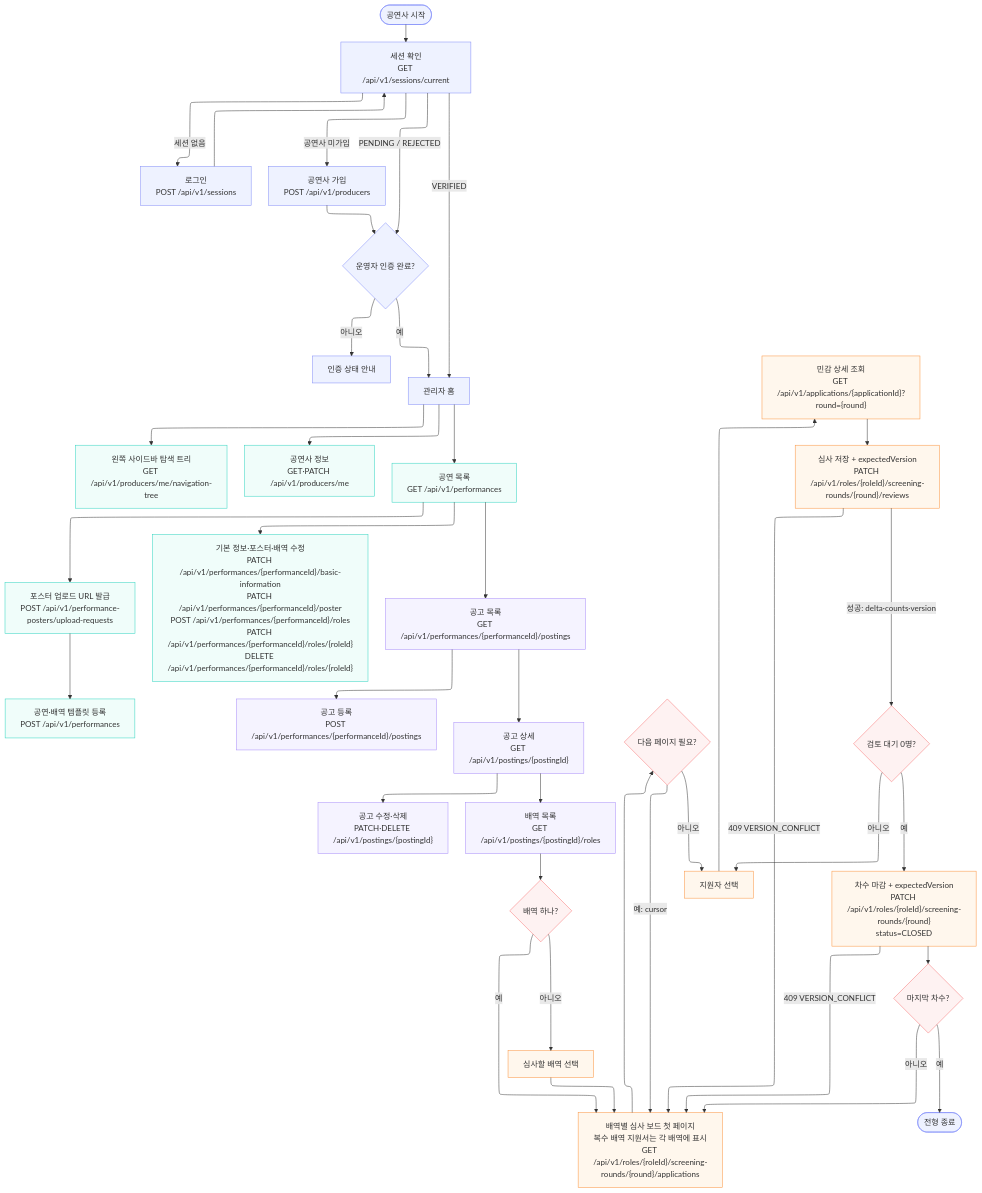
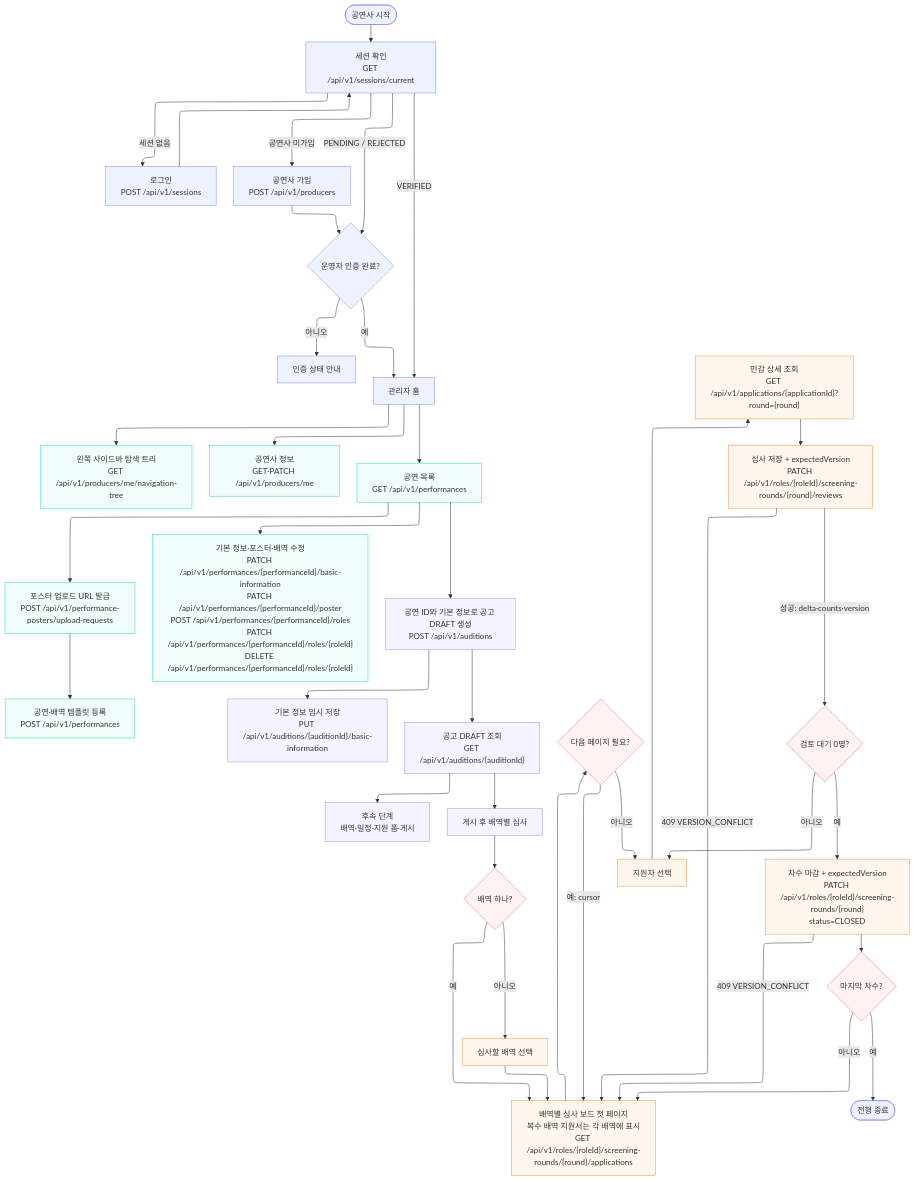
Before and after one commit to woowacourse-teams/2026-yesulin: the diagram in docs/flowchart/producer.mmd, drawn with Mermaid. The commit also changed 31 other files, not shown here.

```diff
--- a/docs/flowchart/producer.mmd
+++ b/docs/flowchart/producer.mmd
@@ -1,71 +1,71 @@
 ---
 config:
   layout: elk
 ---
 flowchart TB
     START(["공연사 시작"]) --> SESSION["세션 확인<br>GET /api/v1/sessions/current"]
     SESSION -- 세션 없음 --> LOGIN["로그인<br>POST /api/v1/sessions"]
     LOGIN --> SESSION
     SESSION -- 공연사 미가입 --> SIGNUP["공연사 가입<br>POST /api/v1/producers"]
     SIGNUP --> VERIFY{"운영자 인증 완료?"}
     SESSION -- PENDING / REJECTED --> VERIFY
     VERIFY -- 아니오 --> WAIT["인증 상태 안내"]
     VERIFY -- 예 --> HOME["관리자 홈"]
     SESSION -- VERIFIED --> HOME
     HOME --> NAV["왼쪽 사이드바 탐색 트리<br>GET /api/v1/producers/me/navigation-tree"] & PROFILE["공연사 정보<br>GET·PATCH /api/v1/producers/me"] & PERF["공연 목록<br>GET /api/v1/performances"]
-    PERF --> NEW_PERF["포스터 업로드 URL 발급<br>POST /api/v1/performance-posters/upload-requests"] & EDIT_PERF["기본 정보·포스터·배역 수정<br>PATCH /api/v1/performances/{performanceId}/basic-information<br>PATCH /api/v1/performances/{performanceId}/poster<br>POST /api/v1/performances/{performanceId}/roles<br>PATCH /api/v1/performances/{performanceId}/roles/{roleId}<br>DELETE /api/v1/performances/{performanceId}/roles/{roleId}"] & POSTINGS["공고 목록<br>GET /api/v1/performances/{performanceId}/postings"]
+    PERF --> NEW_PERF["포스터 업로드 URL 발급<br>POST /api/v1/performance-posters/upload-requests"] & EDIT_PERF["기본 정보·포스터·배역 수정<br>PATCH /api/v1/performances/{performanceId}/basic-information<br>PATCH /api/v1/performances/{performanceId}/poster<br>POST /api/v1/performances/{performanceId}/roles<br>PATCH /api/v1/performances/{performanceId}/roles/{roleId}<br>DELETE /api/v1/performances/{performanceId}/roles/{roleId}"] & POSTINGS["공연 ID와 기본 정보로 공고 DRAFT 생성<br>POST /api/v1/auditions"]
     NEW_PERF --> CREATE_PERF["공연·배역 템플릿 등록<br>POST /api/v1/performances"]
-    POSTINGS --> CREATE_POSTING["공고 등록<br>POST /api/v1/performances/{performanceId}/postings"] & POSTING_DETAIL["공고 상세<br>GET /api/v1/postings/{postingId}"]
-    POSTING_DETAIL --> EDIT_POSTING["공고 수정·삭제<br>PATCH·DELETE /api/v1/postings/{postingId}"] & ROLES["배역 목록<br>GET /api/v1/postings/{postingId}/roles"]
+    POSTINGS --> CREATE_POSTING["기본 정보 임시 저장<br>PUT /api/v1/auditions/{auditionId}/basic-information"] & POSTING_DETAIL["공고 DRAFT 조회<br>GET /api/v1/auditions/{auditionId}"]
+    POSTING_DETAIL --> EDIT_POSTING["후속 단계<br>배역·일정·지원 폼·게시"] & ROLES["게시 후 배역별 심사"]
     ROLES --> SOLE{"배역 하나?"}
     SOLE -- 예 --> BOARD["배역별 심사 보드 첫 페이지<br>복수 배역 지원서는 각 배역에 표시<br>GET /api/v1/roles/{roleId}/screening-rounds/{round}/applications"]
     SOLE -- 아니오 --> CHOOSE_ROLE["심사할 배역 선택"]
     CHOOSE_ROLE --> BOARD
     BOARD --> MORE{"다음 페이지 필요?"}
     MORE -- 예: cursor --> BOARD
     MORE -- 아니오 --> SELECT["지원자 선택"]
     SELECT --> APP_DETAIL["민감 상세 조회<br>GET /api/v1/applications/{applicationId}?round={round}"]
     APP_DETAIL --> REVIEW["심사 저장 + expectedVersion<br>PATCH /api/v1/roles/{roleId}/screening-rounds/{round}/reviews"]
     REVIEW -- 409 VERSION_CONFLICT --> BOARD
     REVIEW -- 성공: delta·counts·version --> DONE{"검토 대기 0명?"}
     DONE -- 아니오 --> SELECT
     DONE -- 예 --> CLOSE["차수 마감 + expectedVersion<br>PATCH /api/v1/roles/{roleId}/screening-rounds/{round}<br>status=CLOSED"]
     CLOSE -- 409 VERSION_CONFLICT --> BOARD
     CLOSE --> LAST{"마지막 차수?"}
     LAST -- 아니오 --> BOARD
     LAST -- 예 --> FINISH(["전형 종료"])
 
     START:::authNode
     SESSION:::authNode
     LOGIN:::authNode
     SIGNUP:::authNode
     VERIFY:::authNode
     WAIT:::authNode
     HOME:::authNode
     NAV:::perfNode
     PROFILE:::perfNode
     PERF:::perfNode
     NEW_PERF:::perfNode
     EDIT_PERF:::perfNode
     POSTINGS:::postingNode
     CREATE_PERF:::perfNode
     CREATE_POSTING:::postingNode
     POSTING_DETAIL:::postingNode
     EDIT_POSTING:::postingNode
     ROLES:::postingNode
     SOLE:::decisionNode
     BOARD:::screeningNode
     CHOOSE_ROLE:::screeningNode
     MORE:::decisionNode
     SELECT:::screeningNode
     APP_DETAIL:::screeningNode
     REVIEW:::screeningNode
     DONE:::decisionNode
     CLOSE:::screeningNode
     LAST:::decisionNode
     FINISH:::authNode
     classDef authNode stroke:#818cf8,fill:#eef2ff
     classDef perfNode stroke:#2dd4bf,fill:#f0fdfa
     classDef postingNode stroke:#a78bfa,fill:#f5f3ff
     classDef screeningNode stroke:#fb923c,fill:#fff7ed
     classDef decisionNode stroke:#f87171,fill:#fef2f2
```
